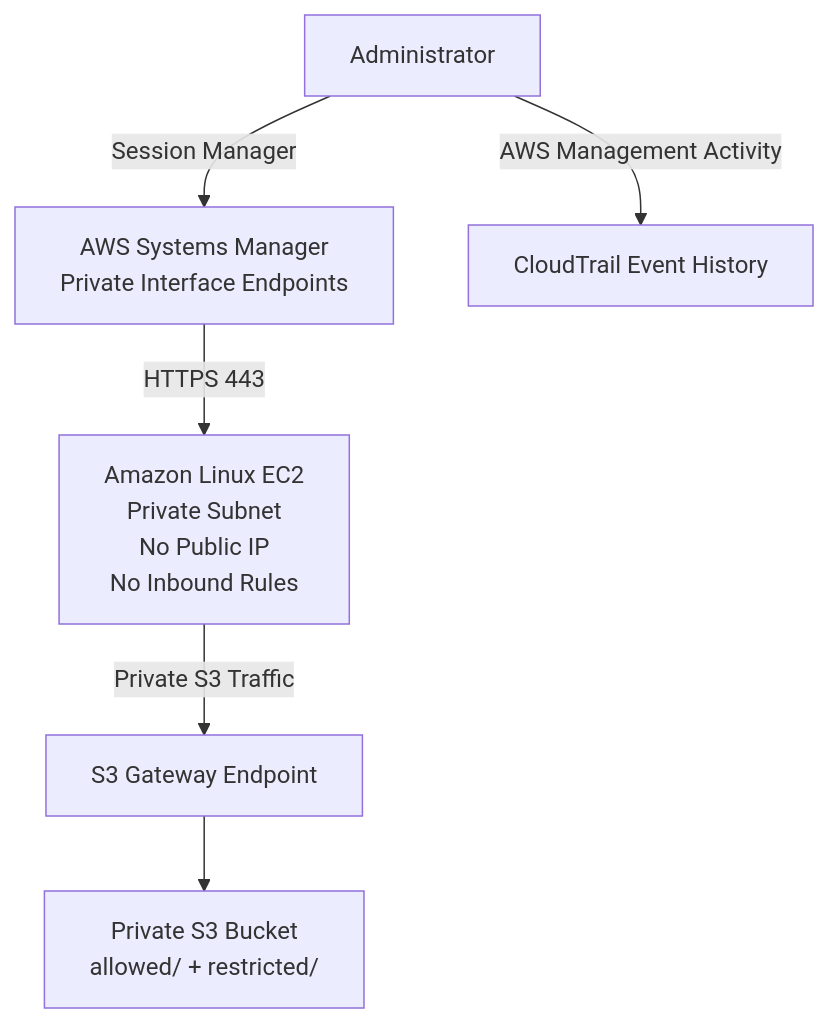
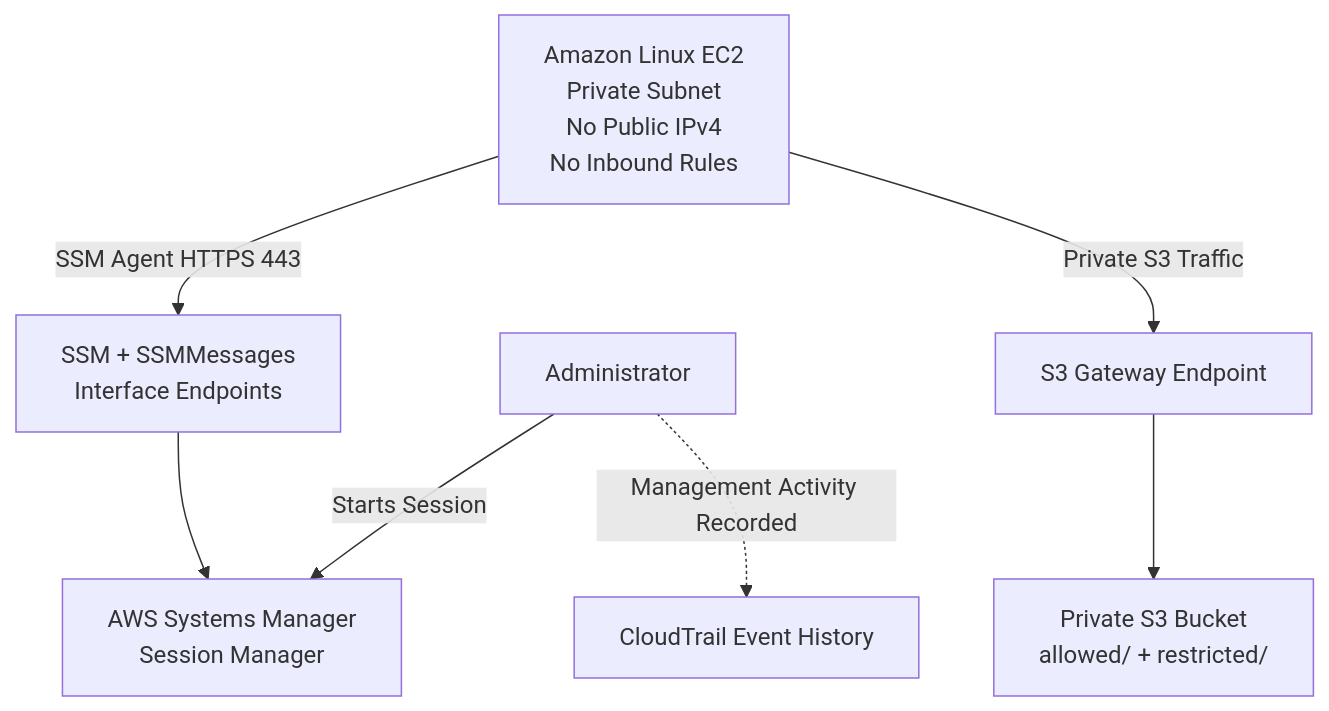
One commit to LavinMoinul/blacksite-private-aws changed the diagram in README.md. Above: the diagram before and after it, drawn with Mermaid. The commit also changed other lines of this file, not shown here.

````diff
--- a/README.md
+++ b/README.md
@@ -35,22 +37,26 @@
 ```mermaid
 flowchart TD
     Admin["Administrator"]
 
-    SSM["AWS Systems Manager<br/>Private Interface Endpoints"]
+    SSM["AWS Systems Manager<br/>Session Manager"]
 
-    EC2["Amazon Linux EC2<br/>Private Subnet<br/>No Public IP<br/>No Inbound Rules"]
+    Endpoints["SSM + SSMMessages<br/>Interface Endpoints"]
+
+    EC2["Amazon Linux EC2<br/>Private Subnet<br/>No Public IPv4<br/>No Inbound Rules"]
 
     S3EP["S3 Gateway Endpoint"]
 
     S3["Private S3 Bucket<br/>allowed/ + restricted/"]
 
     CT["CloudTrail Event History"]
 
-    Admin -->|Session Manager| SSM
-    SSM -->|HTTPS 443| EC2
+    Admin -->|Starts Session| SSM
+
+    EC2 -->|SSM Agent HTTPS 443| Endpoints
+    Endpoints --> SSM
 
     EC2 -->|Private S3 Traffic| S3EP
     S3EP --> S3
 
-    Admin -->|AWS Management Activity| CT
+    Admin -.->|Management Activity Recorded| CT
 ```
````
